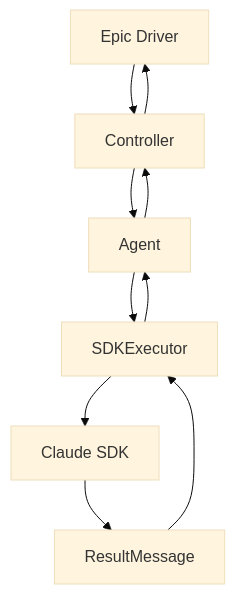
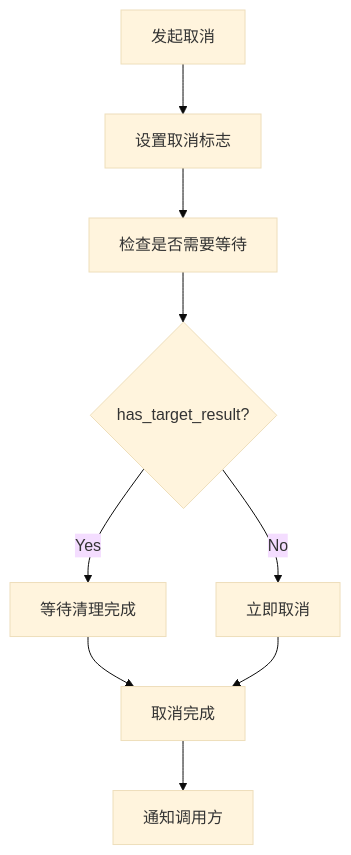
Before and after one commit to LeafLIU210/autoBMAD: the third of 3 diagrams in docs-copy/architecture/final-architecture.md, drawn with Mermaid (base theme). The commit also changed other lines of this file and 119 other files, not shown here.

````diff
--- a/docs-copy/architecture/final-architecture.md
+++ b/docs-copy/architecture/final-architecture.md
@@ -62,12 +360,11 @@
 ```mermaid
 graph TD
-    A[Epic Driver] --> B[Controller]
-    B --> C[Agent]
-    C --> D[SDKExecutor]
-    D --> E[Claude SDK]
-    E --> F[ResultMessage]
-    F --> D
-    D --> C
-    C --> B
-    B --> A
+    A[发起取消] --> B[设置取消标志]
+    B --> C[检查是否需要等待]
+    C --> D{has_target_result?}
+    D -->|Yes| E[等待清理完成]
+    D -->|No| F[立即取消]
+    E --> G[取消完成]
+    F --> G
+    G --> H[通知调用方]
 ```
````
